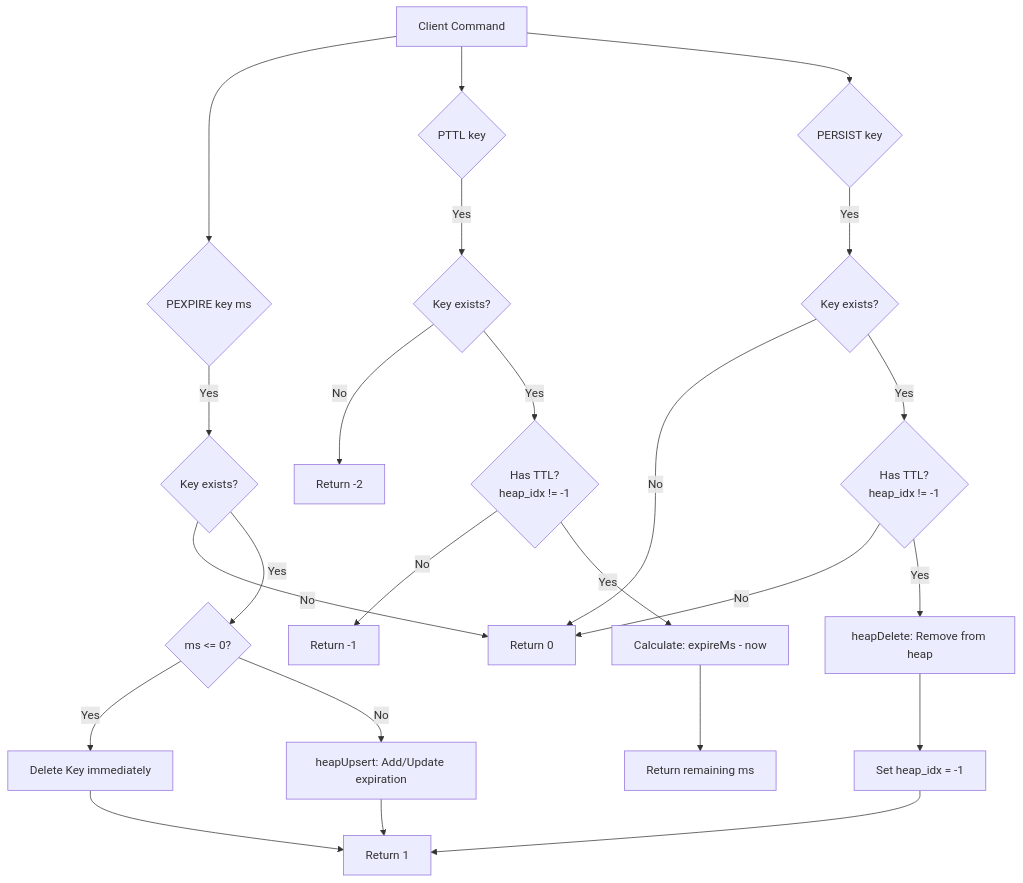
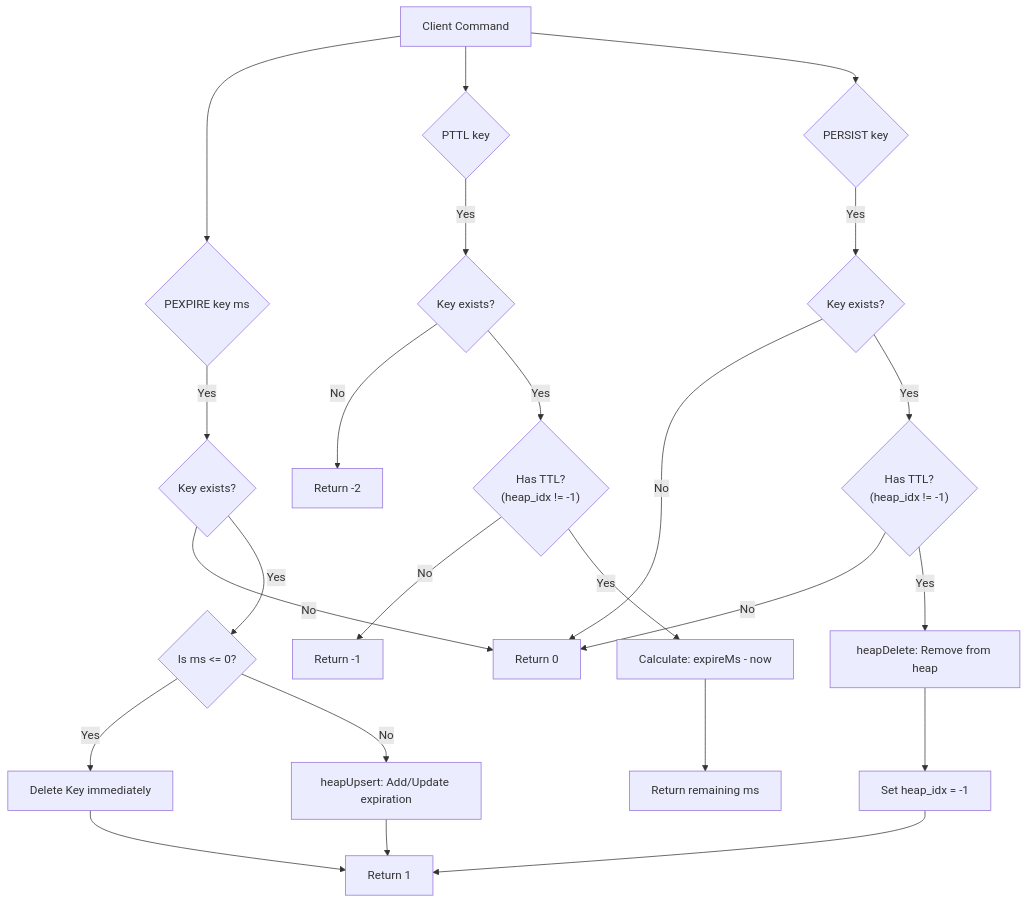
One commit to AbhisekDas01/Redis-Server changed the second of 2 diagrams in heap/README.md. Above: the diagram before and after it, drawn with Mermaid. The commit also changed other lines of this file, not shown here.

Commit message:
docs: update heap expiration cleanup documentation with detailed flow diagrams and phase descriptions

````diff
--- a/heap/README.md
+++ b/heap/README.md
@@ -56,32 +76,32 @@
 ```mermaid
 graph TD
-    cmd[Client Command] --> PEXPIRE{PEXPIRE key ms}
-    cmd --> PTTL{PTTL key}
-    cmd --> PERSIST{PERSIST key}
+    cmd["Client Command"] --> PEXPIRE{"PEXPIRE key ms"}
+    cmd --> PTTL{"PTTL key"}
+    cmd --> PERSIST{"PERSIST key"}
 
     %% PEXPIRE Flow
-    PEXPIRE -- Yes --> FindKey1{Key exists?}
-    FindKey1 -- No --> RetZero[Return 0]
-    FindKey1 -- Yes --> NegCheck{ms <= 0?}
-    NegCheck -- Yes --> DelKey[Delete Key immediately]
-    NegCheck -- No --> Upsert[heapUpsert: Add/Update expiration]
-    DelKey --> RetOne[Return 1]
+    PEXPIRE -- Yes --> FindKey1{"Key exists?"}
+    FindKey1 -- No --> RetZero["Return 0"]
+    FindKey1 -- Yes --> NegCheck{"Is ms &lt;= 0?"}
+    NegCheck -- Yes --> DelKey["Delete Key immediately"]
+    NegCheck -- No --> Upsert["heapUpsert: Add/Update expiration"]
+    DelKey --> RetOne["Return 1"]
     Upsert --> RetOne
 
     %% PTTL Flow
-    PTTL -- Yes --> FindKey2{Key exists?}
-    FindKey2 -- No --> RetMinus2[Return -2]
-    FindKey2 -- Yes --> HasTTL{Has TTL?<br>heap_idx != -1}
-    HasTTL -- No --> RetMinus1[Return -1]
-    HasTTL -- Yes --> TimeLeft[Calculate: expireMs - now]
-    TimeLeft --> RetTime[Return remaining ms]
+    PTTL -- Yes --> FindKey2{"Key exists?"}
+    FindKey2 -- No --> RetMinus2["Return -2"]
+    FindKey2 -- Yes --> HasTTL{"Has TTL?<br>(heap_idx != -1)"}
+    HasTTL -- No --> RetMinus1["Return -1"]
+    HasTTL -- Yes --> TimeLeft["Calculate: expireMs - now"]
+    TimeLeft --> RetTime["Return remaining ms"]
 
     %% PERSIST Flow
-    PERSIST -- Yes --> FindKey3{Key exists?}
+    PERSIST -- Yes --> FindKey3{"Key exists?"}
     FindKey3 -- No --> RetZero
-    FindKey3 -- Yes --> HasTTL2{Has TTL?<br>heap_idx != -1}
+    FindKey3 -- Yes --> HasTTL2{"Has TTL?<br>(heap_idx != -1)"}
     HasTTL2 -- No --> RetZero
-    HasTTL2 -- Yes --> HeapDel[heapDelete: Remove from heap]
-    HeapDel --> ResetIdx[Set heap_idx = -1]
+    HasTTL2 -- Yes --> HeapDel["heapDelete: Remove from heap"]
+    HeapDel --> ResetIdx["Set heap_idx = -1"]
     ResetIdx --> RetOne
 ```
````
